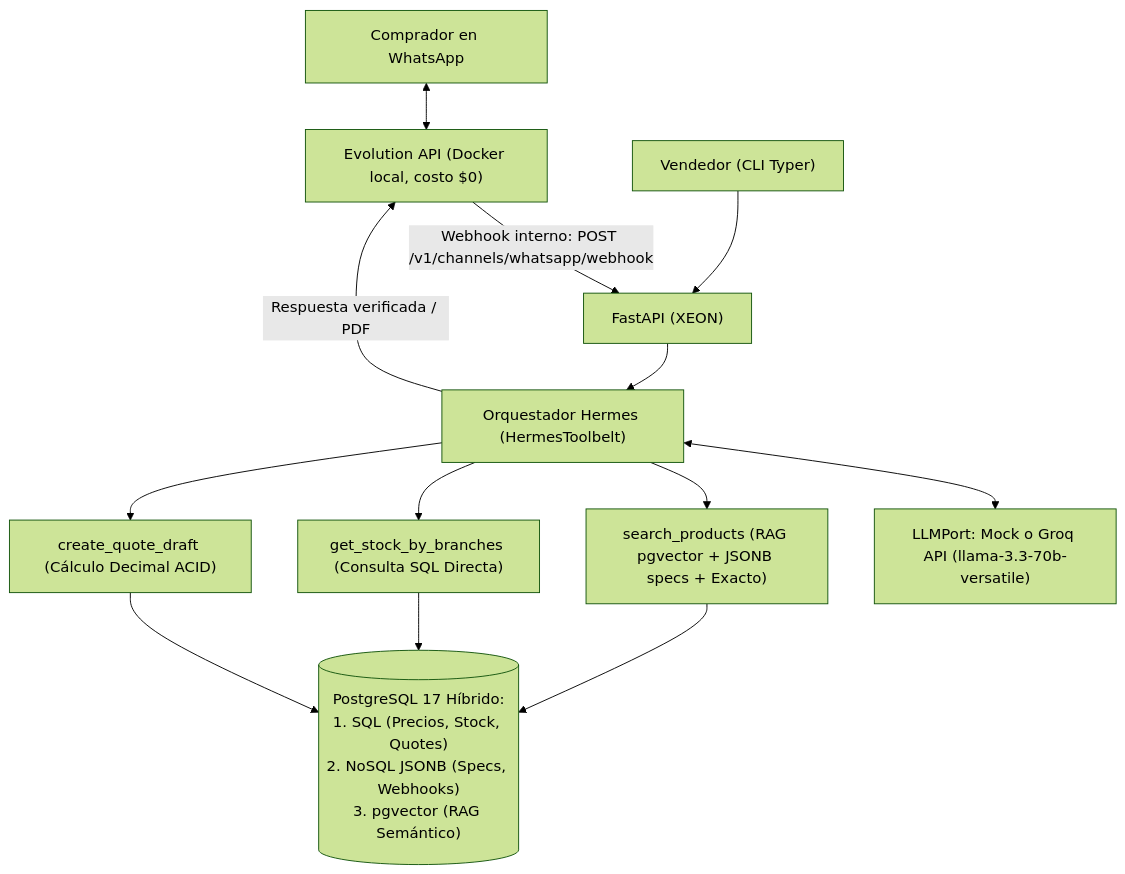
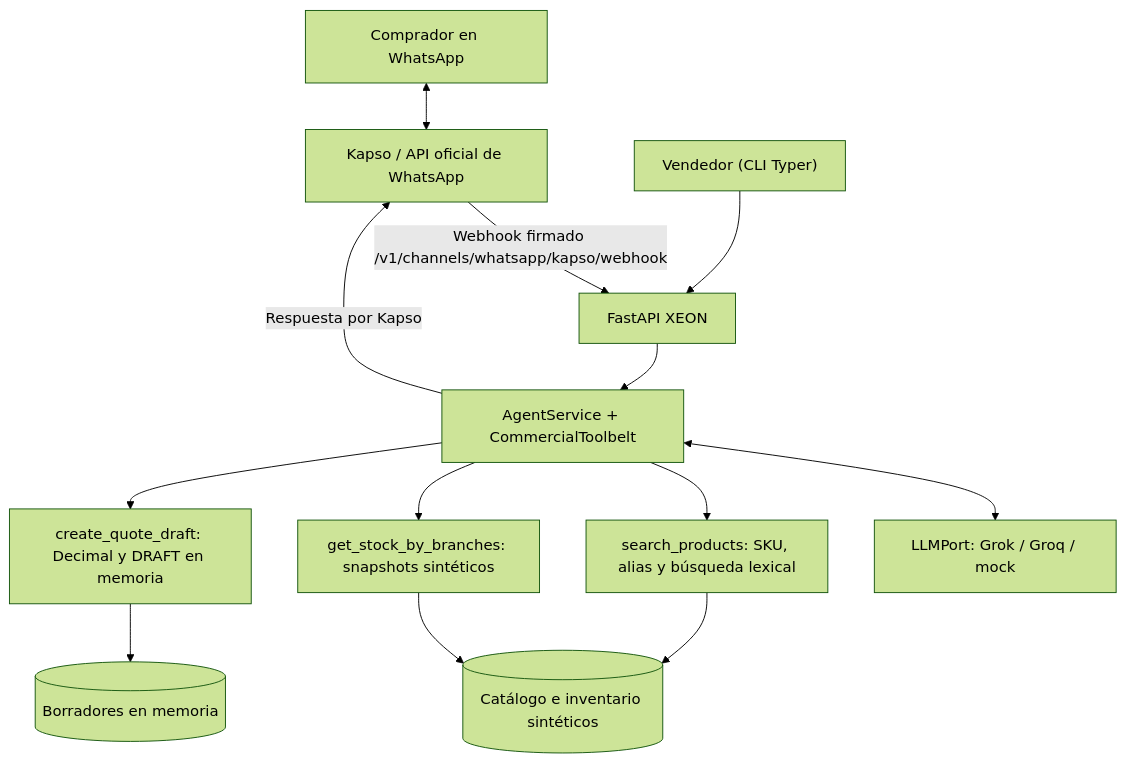
The diagram in XeonContexto.md (TuMinipeka/Xeon-agente-cotizaciones), drawn with Mermaid (forest theme) before and after one commit. The commit also changed other lines of this file and 7 other files, not shown here.

Commit message:
Docs: :memo: AlignDocsWithKapsoGrokStack

````diff
--- a/XeonContexto.md
+++ b/XeonContexto.md
@@ -108,15 +110,15 @@
 ```mermaid
 flowchart TD
-    Cliente["Comprador en WhatsApp"] <--> Evo["Evolution API (Docker local, costo $0)"]
-    Evo -- "Webhook interno: POST /v1/channels/whatsapp/webhook" --> API["FastAPI (XEON)"]
-    API --> Hermes["Orquestador Hermes (HermesToolbelt)"]
-    Hermes <--> Groq["LLMPort: Mock o Groq API (llama-3.3-70b-versatile)"]
-    Hermes --> ToolSearch["search_products (RAG pgvector + JSONB specs + Exacto)"]
-    Hermes --> ToolStock["get_stock_by_branches (Consulta SQL Directa)"]
-    Hermes --> ToolQuote["create_quote_draft (Cálculo Decimal ACID)"]
-    ToolSearch --> DB[("PostgreSQL 17 Híbrido:\n1. SQL (Precios, Stock, Quotes)\n2. NoSQL JSONB (Specs, Webhooks)\n3. pgvector (RAG Semántico)")]
-    ToolStock --> DB
-    ToolQuote --> DB
-    Hermes -- "Respuesta verificada / PDF" --> Evo
+    Cliente["Comprador en WhatsApp"] <--> Kapso["Kapso / API oficial de WhatsApp"]
+    Kapso -- "Webhook firmado /v1/channels/whatsapp/kapso/webhook" --> API["FastAPI XEON"]
+    API --> Agente["AgentService + CommercialToolbelt"]
+    Agente <--> LLM["LLMPort: Grok / Groq / mock"]
+    Agente --> ToolSearch["search_products: SKU, alias y búsqueda lexical"]
+    Agente --> ToolStock["get_stock_by_branches: snapshots sintéticos"]
+    Agente --> ToolQuote["create_quote_draft: Decimal y DRAFT en memoria"]
+    ToolSearch --> Memoria[("Catálogo e inventario sintéticos")]
+    ToolStock --> Memoria
+    ToolQuote --> Borradores[("Borradores en memoria")]
+    Agente -- "Respuesta por Kapso" --> Kapso
     Vendedor["Vendedor (CLI Typer)"] --> API
 ```
````
